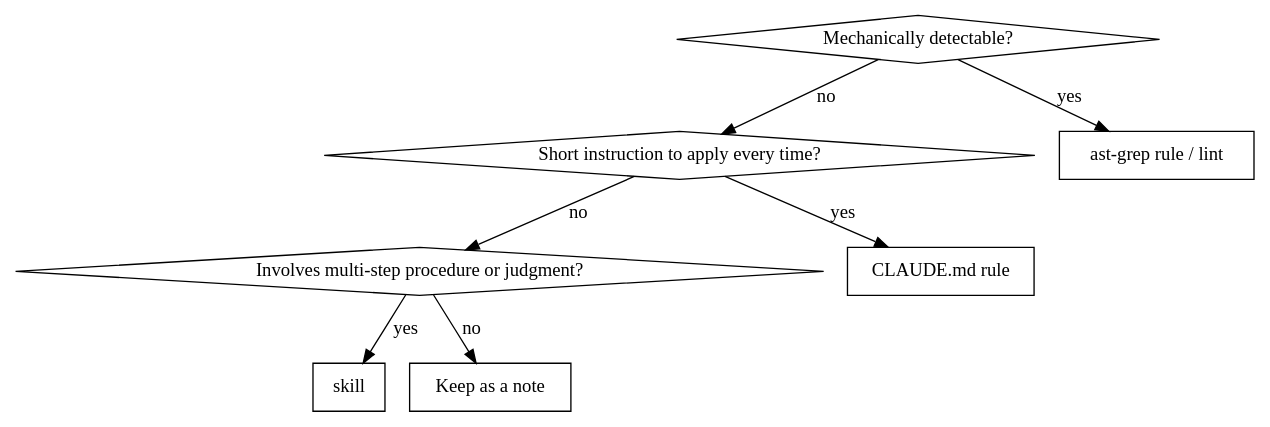
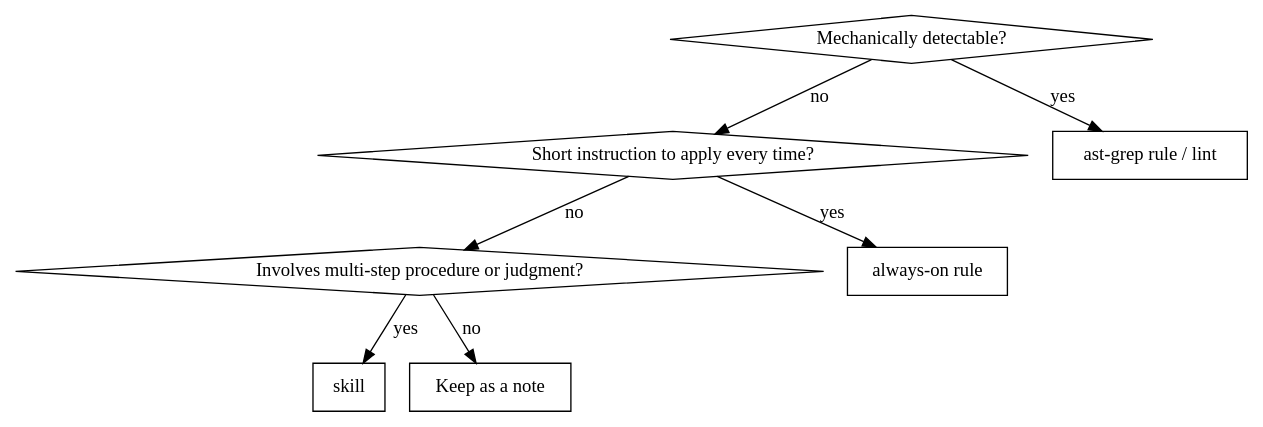
One commit to esh2n/dotfiles changed the diagram in harness/skills/retrospective-codify/SKILL.md. Above: the diagram before and after it, drawn with Graphviz. The commit also changed other lines of this file and 26 other files, not shown here.

````diff
--- a/harness/skills/retrospective-codify/SKILL.md
+++ b/harness/skills/retrospective-codify/SKILL.md
@@ -60,18 +61,18 @@
 ```dot
 digraph classify {
     "Mechanically detectable?" [shape=diamond];
     "Short instruction to apply every time?" [shape=diamond];
     "Involves multi-step procedure or judgment?" [shape=diamond];
     "ast-grep rule / lint" [shape=box];
-    "CLAUDE.md rule" [shape=box];
+    "always-on rule" [shape=box];
     "skill" [shape=box];
     "Keep as a note" [shape=box];
 
     "Mechanically detectable?" -> "ast-grep rule / lint" [label="yes"];
     "Mechanically detectable?" -> "Short instruction to apply every time?" [label="no"];
-    "Short instruction to apply every time?" -> "CLAUDE.md rule" [label="yes"];
+    "Short instruction to apply every time?" -> "always-on rule" [label="yes"];
     "Short instruction to apply every time?" -> "Involves multi-step procedure or judgment?" [label="no"];
     "Involves multi-step procedure or judgment?" -> "skill" [label="yes"];
     "Involves multi-step procedure or judgment?" -> "Keep as a note" [label="no"];
 }
 ```
````
